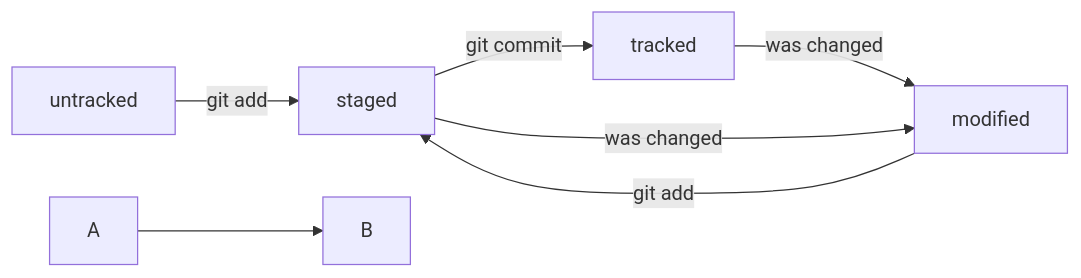
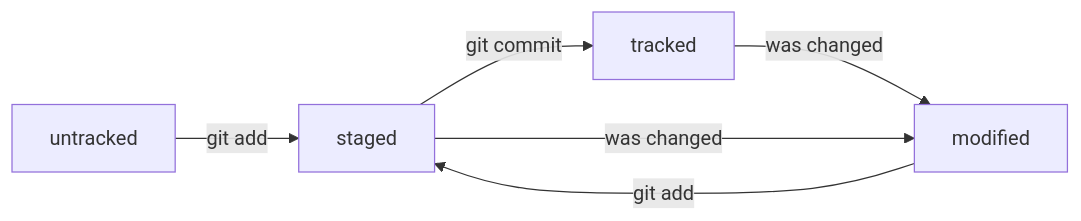
Before and after one commit to waitforwork/Homework_ya: the diagram in README.md, drawn with Mermaid.

Commit message:
delete пример непрерывной стрелки

````diff
--- a/README.md
+++ b/README.md
@@ -2,11 +2,9 @@
 ```mermaid
 graph LR;
   untracked -- "git add" --> staged;
   staged    -- "git commit" --> tracked;
   tracked -- "was changed" --> modified;
   modified -- "git add" --> staged;
   staged -- "was changed" --> modified;
 
-%% стрелка без текста для примера: 
-  A --> B;
 ``` 
````
